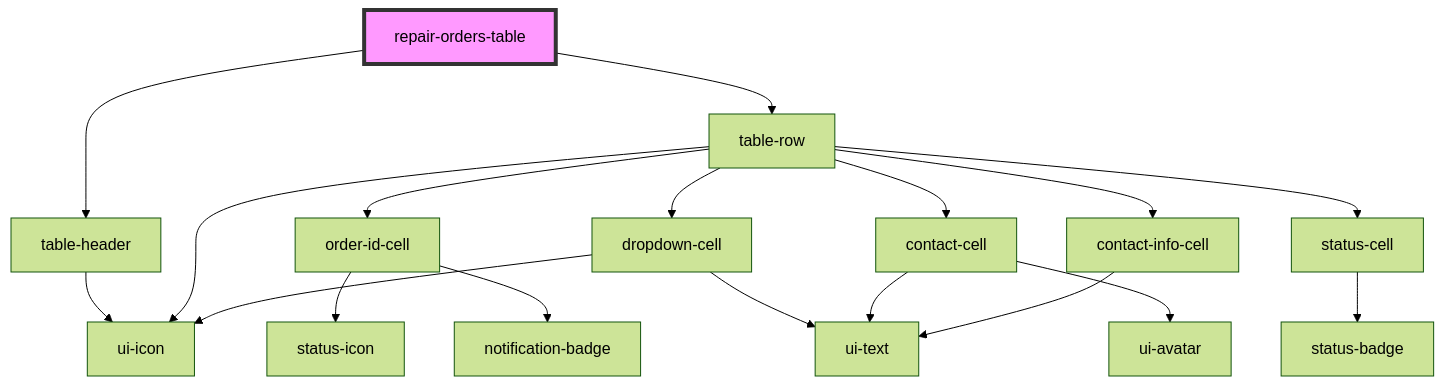
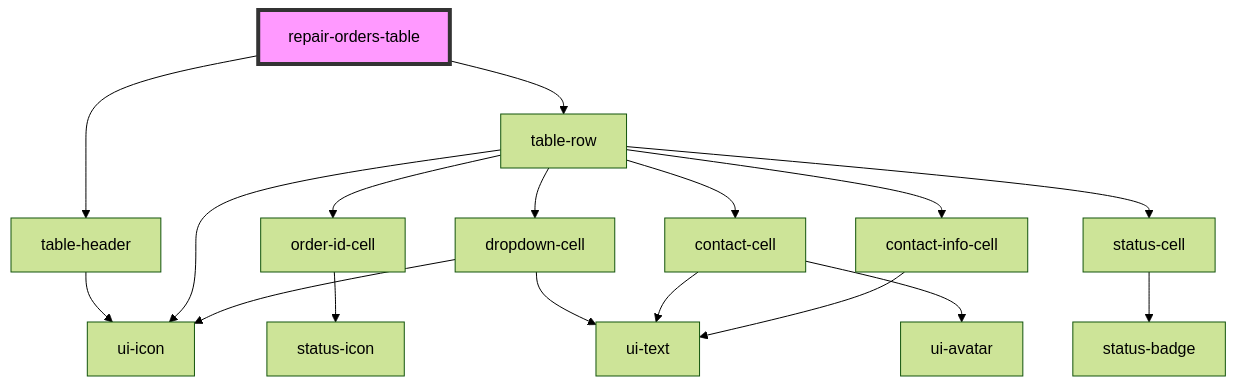
One commit to lvelitoruiz/mfl-boilerplate changed the diagram in core/ui-library/src/components/organisms/repair-orders-table/readme.md. Above: the diagram before and after it, drawn with Mermaid (forest theme). The commit also changed 4 other files, not shown here.

First line of the commit message:
Update README with development commands and fix order-id-cell display issue

````diff
--- a/core/ui-library/src/components/organisms/repair-orders-table/readme.md
+++ b/core/ui-library/src/components/organisms/repair-orders-table/readme.md
@@ -35,21 +35,20 @@
 ```mermaid
 graph TD;
   repair-orders-table --> table-header
   repair-orders-table --> table-row
   table-header --> ui-icon
   table-row --> order-id-cell
   table-row --> dropdown-cell
   table-row --> contact-cell
   table-row --> contact-info-cell
   table-row --> status-cell
   table-row --> ui-icon
   order-id-cell --> status-icon
-  order-id-cell --> notification-badge
   dropdown-cell --> ui-text
   dropdown-cell --> ui-icon
   contact-cell --> ui-avatar
   contact-cell --> ui-text
   contact-info-cell --> ui-text
   status-cell --> status-badge
   style repair-orders-table fill:#f9f,stroke:#333,stroke-width:4px
 ```
````
